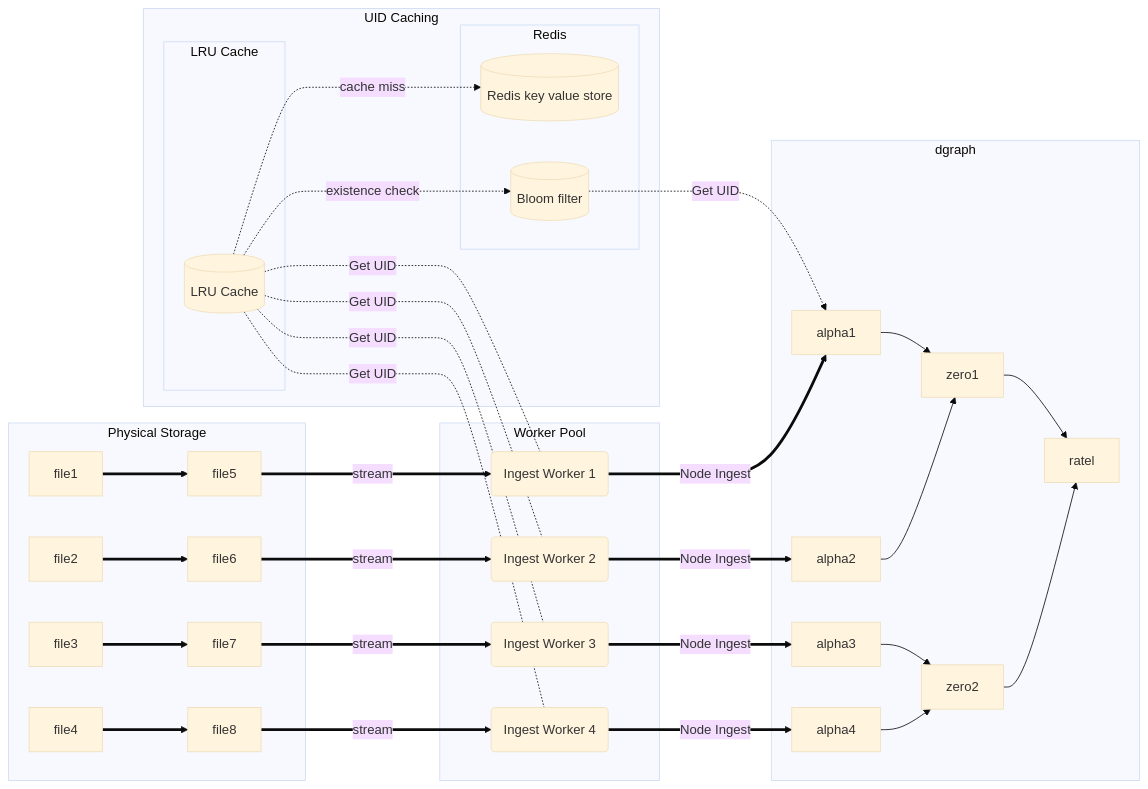
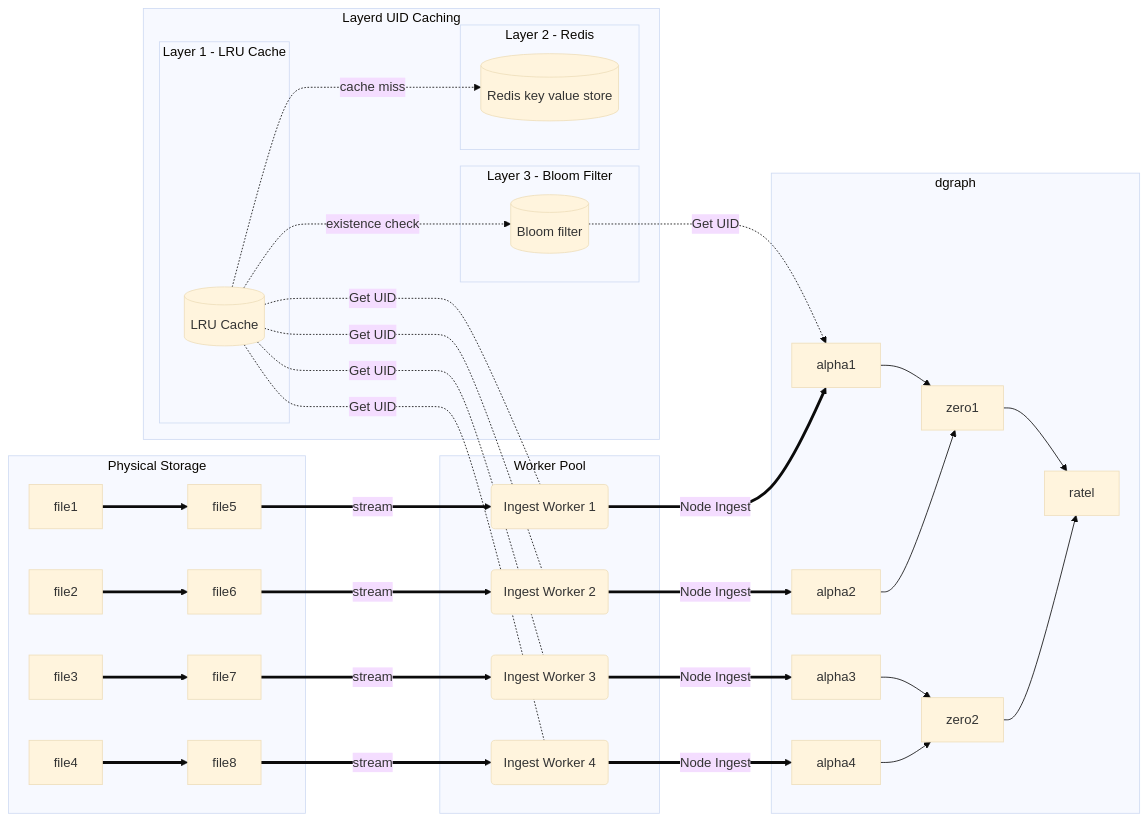
One commit to wabscale/mmds-project-2020 changed the diagram in mermaid/ingest.mmd. Above: the diagram before and after it, drawn with Mermaid (base theme). The commit also changed 11 other files, not shown here.

```diff
--- a/mermaid/ingest.mmd
+++ b/mermaid/ingest.mmd
@@ -1,43 +1,48 @@
 graph LR
   subgraph Physical Storage
   f1[file1] ==> f5[file5]
   f2[file2] ==> f6[file6]
   f3[file3] ==> f7[file7]
   f4[file4] ==> f8[file8]
   end
 
-  subgraph UID Caching
-  subgraph Redis
+  subgraph Layerd UID Caching
+
+  subgraph Layer 2 - Redis
   redis[(Redis key value store)]
+  end
+
+  subgraph Layer 3 - Bloom Filter
   bloom[(Bloom filter)]
   end
 
-  subgraph LRU Cache
+  subgraph Layer 1 - LRU Cache
   lru[(LRU Cache)]
   lru -.-> |cache miss| redis
   lru -.-> |existence check| bloom
   end
+
   end
 
   subgraph Worker Pool
   f5 ==>|stream| w1(Ingest  Worker 1)
   f6 ==>|stream| w2(Ingest  Worker 2)
   f7 ==>|stream| w3(Ingest  Worker 3)
   f8 ==>|stream| w4(Ingest  Worker 4)
   lru <-.- |Get UID| w1 & w2 & w3 & w4
   end
 
 
   subgraph dgraph[dgraph]
   w1 ==> |Node Ingest| a1
   w2 ==> |Node Ingest| a2
   w3 ==> |Node Ingest| a3
   w4 ==> |Node Ingest| a4
 
   z1[zero1] & z2[zero2] --> ratel
   a1[alpha1] --> z1
   a2[alpha2] --> z1
   a3[alpha3] --> z2
   a4[alpha4] --> z2
   bloom -.-> |Get UID| a1
   end
```
